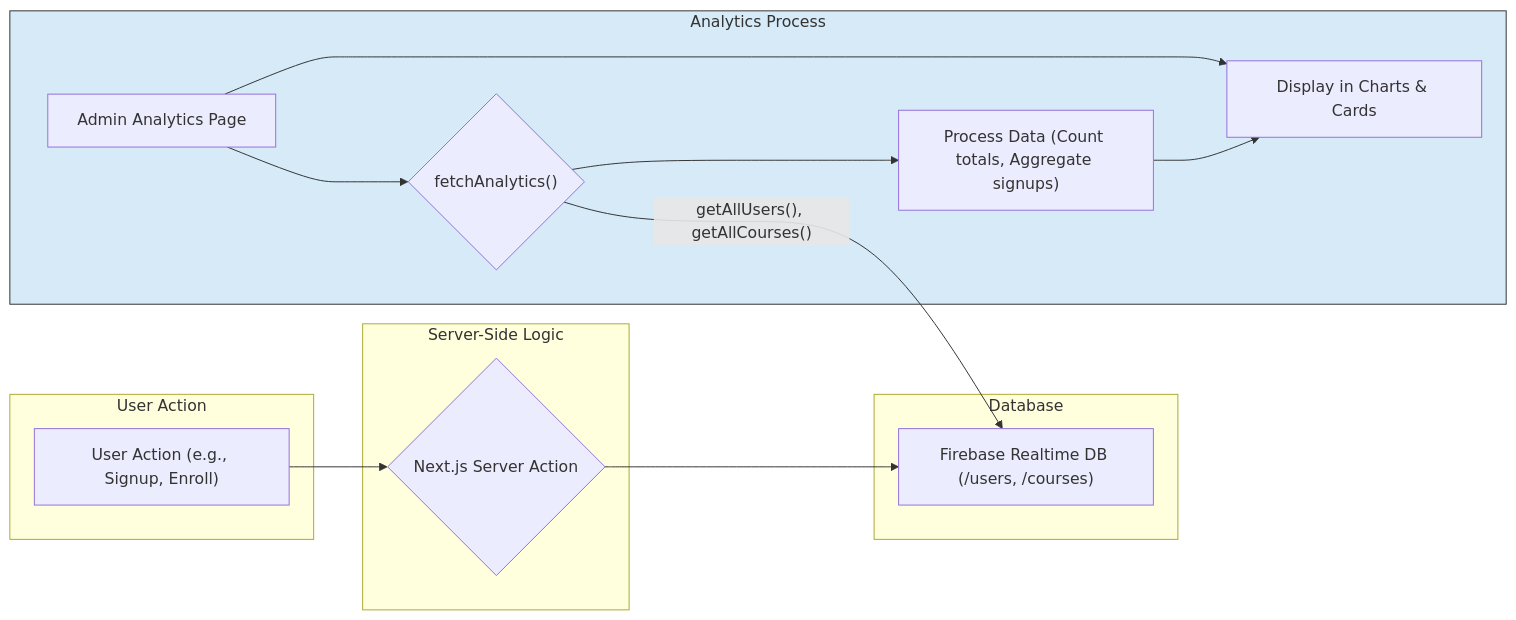
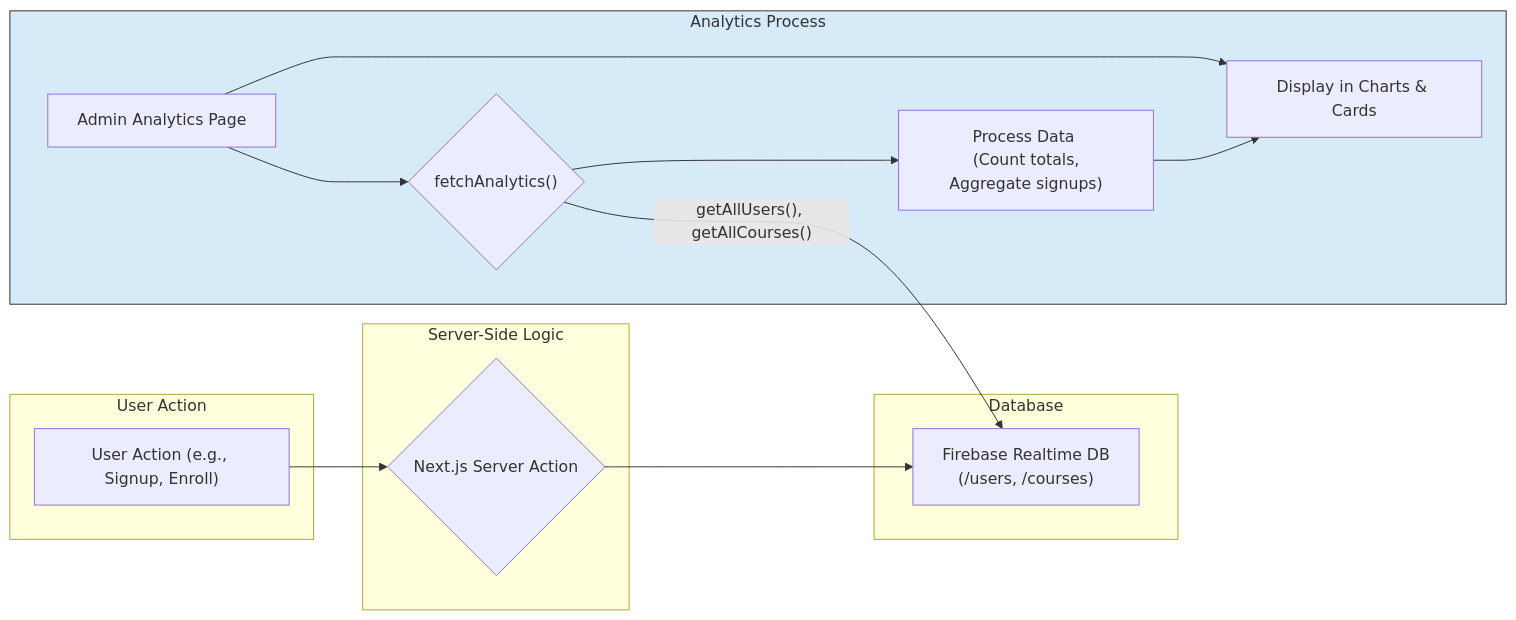
One commit to Kmaina32/Ubuntu-Academy- changed the sixth of 7 diagrams in src/markdown_files/VISUAL_FRAMEWORK.md. Above: the diagram before and after it, drawn with Mermaid. The commit also changed other lines of this file, not shown here.

````diff
--- a/src/markdown_files/VISUAL_FRAMEWORK.md
+++ b/src/markdown_files/VISUAL_FRAMEWORK.md
@@ -161,28 +184,28 @@
 ```mermaid
 graph LR
-    subgraph ACTION ["User Action"]
+    subgraph ACTION [User Action]
         A["User Action (e.g., Signup, Enroll)"]
     end
     
-    subgraph SERVER ["Server-Side Logic"]
+    subgraph SERVER [Server-Side Logic]
         B{"Next.js Server Action"}
     end
 
-    subgraph DATABASE ["Database"]
-         C["Firebase Realtime DB (/users, /courses)"]
+    subgraph DATABASE [Database]
+         C["Firebase Realtime DB </br> (/users, /courses)"]
     end
     
     A --> B;
     B --> C;
     
     subgraph ANALYTICS ["Analytics Process"]
         D["Admin Analytics Page"] --> E{"fetchAnalytics()"};
         E -->|"getAllUsers(), getAllCourses()"| C;
-        E --> F["Process Data (Count totals, Aggregate signups)"];
+        E --> F["Process Data </br> (Count totals, Aggregate signups)"];
         F --> G["Display in Charts & Cards"];
     end
     
     D --> G;
 
     style ANALYTICS fill:#D6EAF8,stroke:#333,stroke-width:1px
 ```
````
